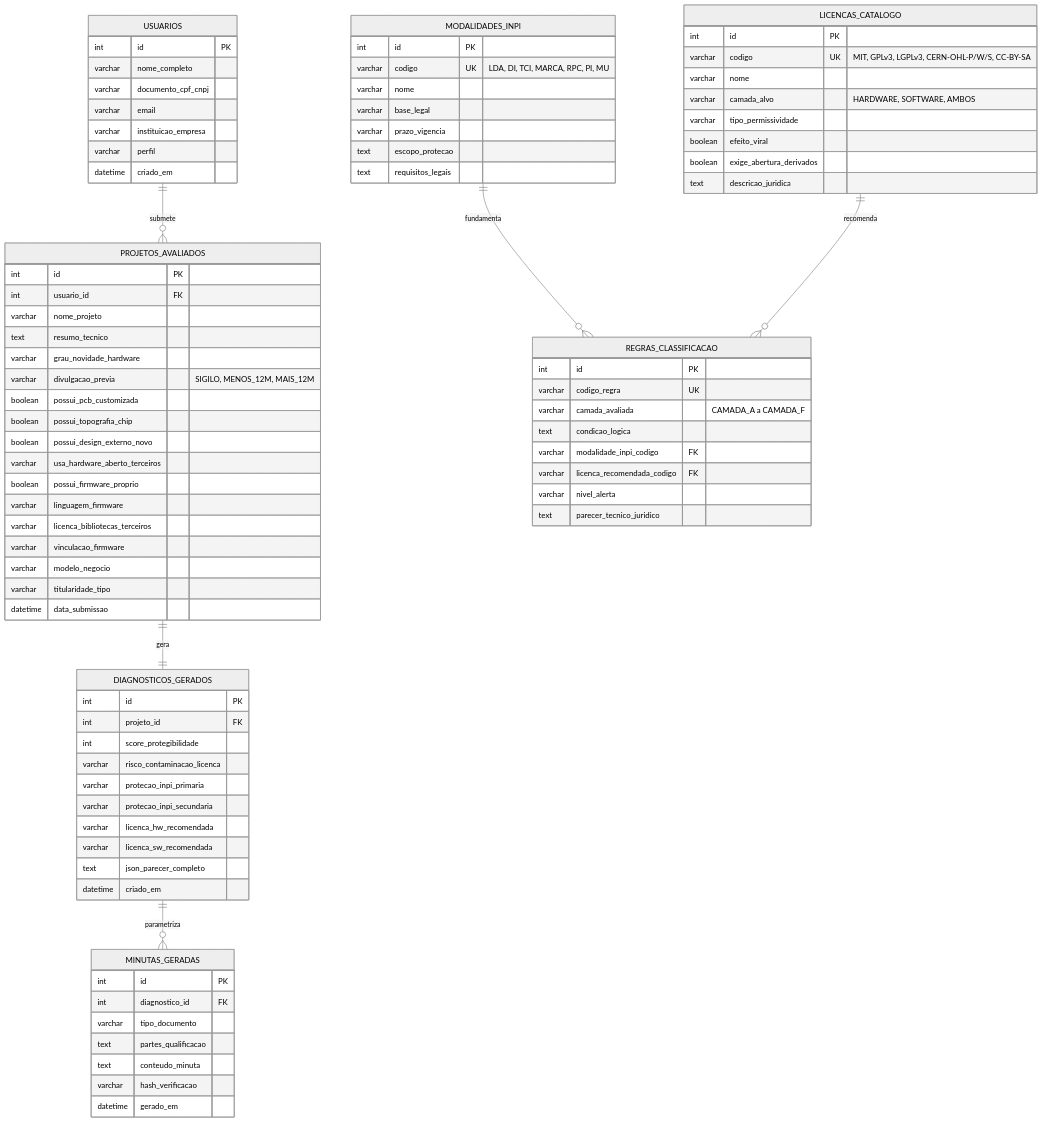
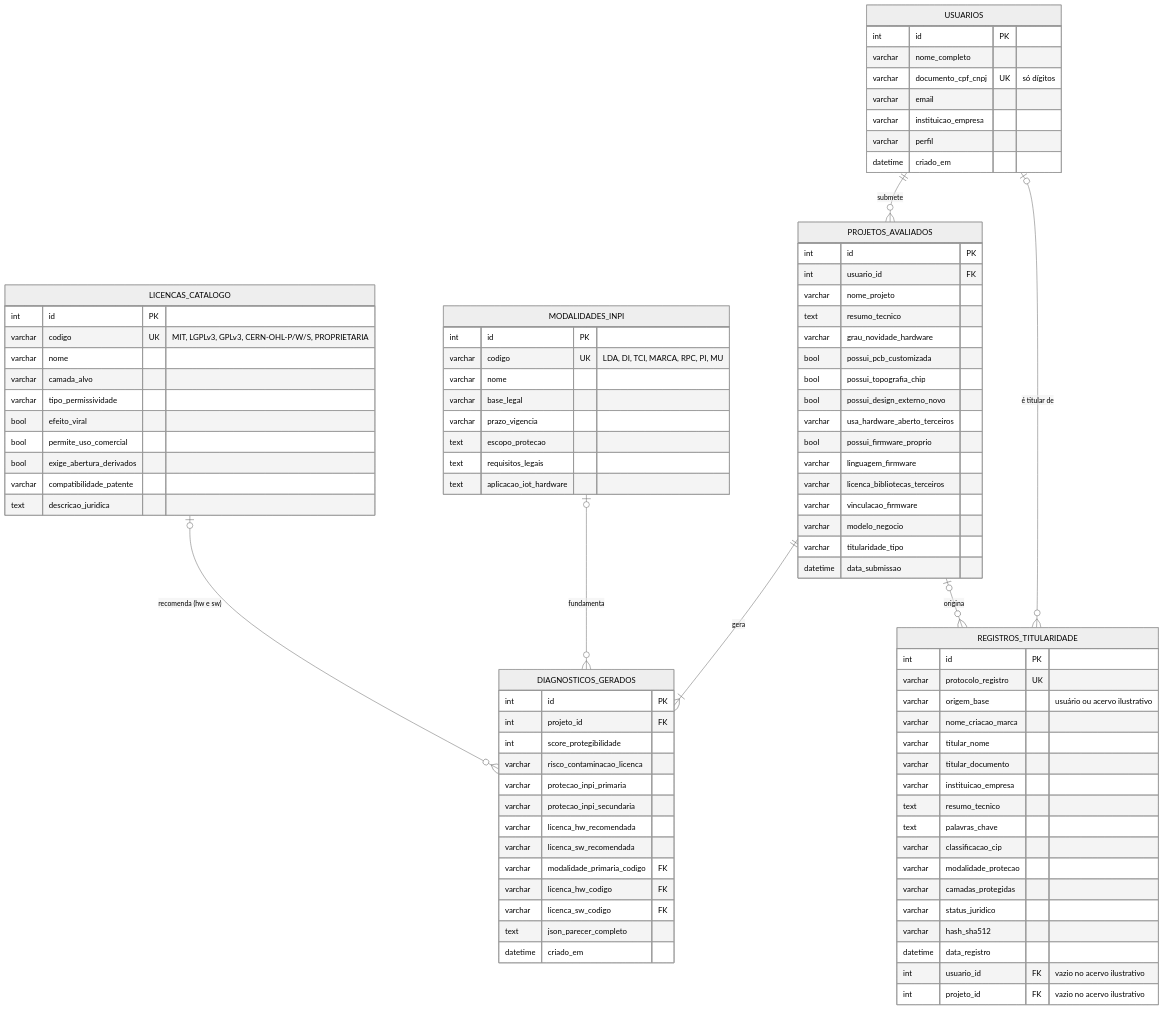
The first of 2 diagrams in docs/MODELAGEM_DER_E_REGRAS.md (RealKitzy/PI20262X), drawn with Mermaid (neutral theme) before and after one commit. The commit also changed other lines of this file and 17 other files, not shown here.

````diff
--- a/docs/MODELAGEM_DER_E_REGRAS.md
+++ b/docs/MODELAGEM_DER_E_REGRAS.md
@@ -17,51 +29,20 @@
 ```mermaid
 erDiagram
     USUARIOS ||--o{ PROJETOS_AVALIADOS : "submete"
-    PROJETOS_AVALIADOS ||--|| DIAGNOSTICOS_GERADOS : "gera"
-    DIAGNOSTICOS_GERADOS ||--o{ MINUTAS_GERADAS : "parametriza"
-    MODALIDADES_INPI ||--o{ REGRAS_CLASSIFICACAO : "fundamenta"
-    LICENCAS_CATALOGO ||--o{ REGRAS_CLASSIFICACAO : "recomenda"
+    PROJETOS_AVALIADOS ||--|{ DIAGNOSTICOS_GERADOS : "gera"
+    MODALIDADES_INPI |o--o{ DIAGNOSTICOS_GERADOS : "fundamenta"
+    LICENCAS_CATALOGO |o--o{ DIAGNOSTICOS_GERADOS : "recomenda (hw e sw)"
+    USUARIOS |o--o{ REGISTROS_TITULARIDADE : "é titular de"
+    PROJETOS_AVALIADOS |o--o{ REGISTROS_TITULARIDADE : "origina"
 
     USUARIOS {
         int id PK
         varchar nome_completo
-        varchar documento_cpf_cnpj
+        varchar documento_cpf_cnpj UK "só dígitos"
         varchar email
         varchar instituicao_empresa
         varchar perfil
         datetime criado_em
-    }
-
-    MODALIDADES_INPI {
-        int id PK
-        varchar codigo UK "LDA, DI, TCI, MARCA, RPC, PI, MU"
-        varchar nome
-        varchar base_legal
-        varchar prazo_vigencia
-        text escopo_protecao
-        text requisitos_legais
-    }
-
-    LICENCAS_CATALOGO {
-        int id PK
-        varchar codigo UK "MIT, GPLv3, LGPLv3, CERN-OHL-P/W/S, CC-BY-SA"
-        varchar nome
-        varchar camada_alvo "HARDWARE, SOFTWARE, AMBOS"
-        varchar tipo_permissividade
-        boolean efeito_viral
-        boolean exige_abertura_derivados
-        text descricao_juridica
-    }
-
-    REGRAS_CLASSIFICACAO {
-        int id PK
-        varchar codigo_regra UK
-        varchar camada_avaliada "CAMADA_A a CAMADA_F"
-        text condicao_logica
-        varchar modalidade_inpi_codigo FK
-        varchar licenca_recomendada_codigo FK
-        varchar nivel_alerta
-        text parecer_tecnico_juridico
     }
 
     PROJETOS_AVALIADOS {
@@ -70,12 +51,11 @@
         varchar nome_projeto
         text resumo_tecnico
         varchar grau_novidade_hardware
-        varchar divulgacao_previa "SIGILO, MENOS_12M, MAIS_12M"
-        boolean possui_pcb_customizada
-        boolean possui_topografia_chip
-        boolean possui_design_externo_novo
+        bool possui_pcb_customizada
+        bool possui_topografia_chip
+        bool possui_design_externo_novo
         varchar usa_hardware_aberto_terceiros
-        boolean possui_firmware_proprio
+        bool possui_firmware_proprio
         varchar linguagem_firmware
         varchar licenca_bibliotecas_terceiros
         varchar vinculacao_firmware
@@ -93,17 +73,54 @@
         varchar protecao_inpi_secundaria
         varchar licenca_hw_recomendada
         varchar licenca_sw_recomendada
+        varchar modalidade_primaria_codigo FK
+        varchar licenca_hw_codigo FK
+        varchar licenca_sw_codigo FK
         text json_parecer_completo
         datetime criado_em
     }
 
-    MINUTAS_GERADAS {
+    REGISTROS_TITULARIDADE {
         int id PK
-        int diagnostico_id FK
-        varchar tipo_documento
-        text partes_qualificacao
-        text conteudo_minuta
-        varchar hash_verificacao
-        datetime gerado_em
+        varchar protocolo_registro UK
+        varchar origem_base "usuário ou acervo ilustrativo"
+        varchar nome_criacao_marca
+        varchar titular_nome
+        varchar titular_documento
+        varchar instituicao_empresa
+        text resumo_tecnico
+        text palavras_chave
+        varchar classificacao_cip
+        varchar modalidade_protecao
+        varchar camadas_protegidas
+        varchar status_juridico
+        varchar hash_sha512
+        datetime data_registro
+        int usuario_id FK "vazio no acervo ilustrativo"
+        int projeto_id FK "vazio no acervo ilustrativo"
+    }
+
+    MODALIDADES_INPI {
+        int id PK
+        varchar codigo UK "LDA, DI, TCI, MARCA, RPC, PI, MU"
+        varchar nome
+        varchar base_legal
+        varchar prazo_vigencia
+        text escopo_protecao
+        text requisitos_legais
+        text aplicacao_iot_hardware
+    }
+
+    LICENCAS_CATALOGO {
+        int id PK
+        varchar codigo UK "MIT, LGPLv3, GPLv3, CERN-OHL-P/W/S, PROPRIETARIA"
+        varchar nome
+        varchar camada_alvo
+        varchar tipo_permissividade
+        bool efeito_viral
+        bool permite_uso_comercial
+        bool exige_abertura_derivados
+        varchar compatibilidade_patente
+        text descricao_juridica
     }
 ```
````
